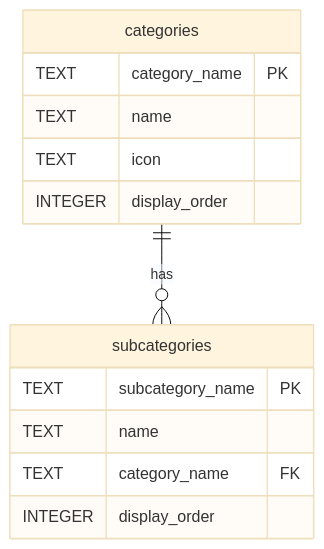
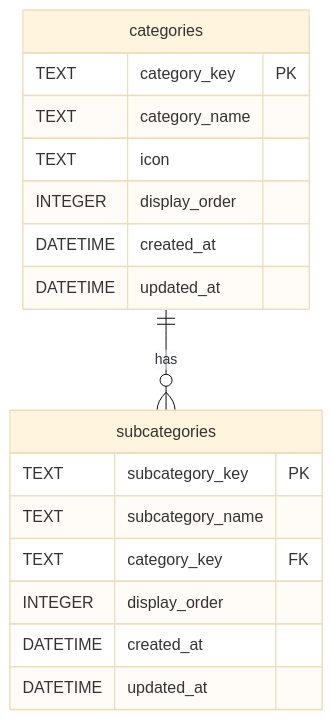
The second of 2 diagrams in docs/01_技術設計/03_ドメイン設計/10_カテゴリ管理.md (uruhayato373/stats47), drawn with Mermaid (base theme) before and after one commit. The commit also changed other lines of this file and 6 other files, not shown here.

````diff
--- a/docs/01_技術設計/03_ドメイン設計/10_カテゴリ管理.md
+++ b/docs/01_技術設計/03_ドメイン設計/10_カテゴリ管理.md
@@ -1130,18 +411,22 @@
 ```mermaid
 erDiagram
     categories ||--o{ subcategories : "has"
 
     categories {
-        TEXT category_name PK
-        TEXT name
+        TEXT category_key PK
+        TEXT category_name
         TEXT icon
         INTEGER display_order
+        DATETIME created_at
+        DATETIME updated_at
     }
 
     subcategories {
-        TEXT subcategory_name PK
-        TEXT name
-        TEXT category_name FK
+        TEXT subcategory_key PK
+        TEXT subcategory_name
+        TEXT category_key FK
         INTEGER display_order
+        DATETIME created_at
+        DATETIME updated_at
     }
 ```
````
